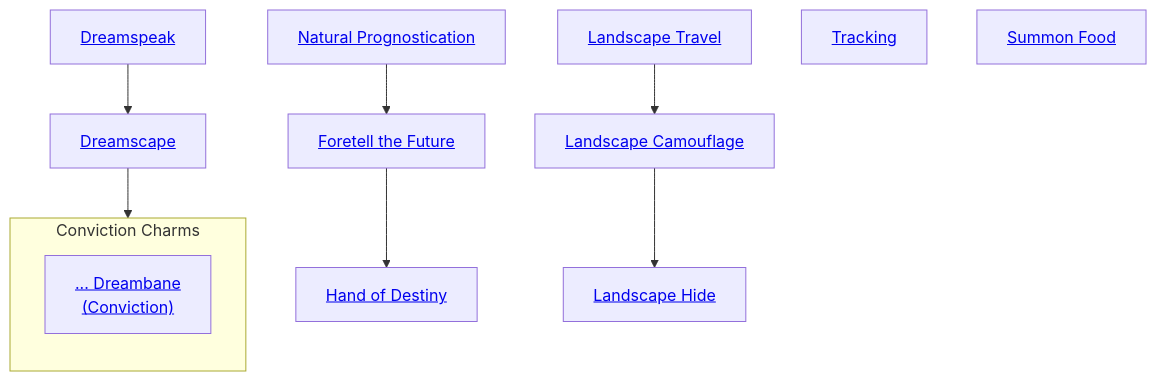
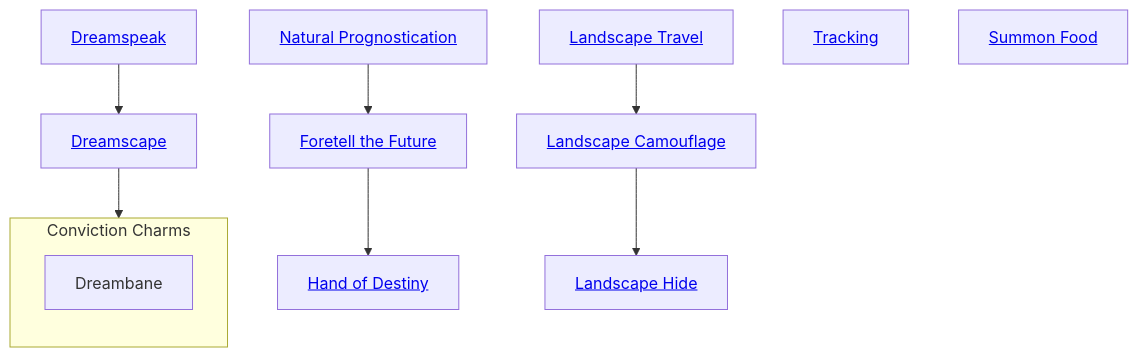
Before and after one commit to jrobichaud/exalted-charms-1e: the second of 2 diagrams in docs/markdown/spirits/Spirits Compassion.md, drawn with Mermaid.

Commit message:
Fix spirit charm

````diff
--- a/docs/markdown/spirits/Spirits Compassion.md
+++ b/docs/markdown/spirits/Spirits Compassion.md
@@ -16,37 +16,37 @@
 ```mermaid
 
 flowchart TD
 
     subgraph conviction[Conviction Charms]
         direction TB
-        dreambane["<a class='internal-link' href='#... Dreambane (Conviction)'>... Dreambane<br>(Conviction)</a>"]
+        dreambane["Dreambane"]
     end
 
     dreamspeak["<a class='internal-link' href='#Dreamspeak'>Dreamspeak</a>"]
 
     dreamscape["<a class='internal-link' href='#Dreamscape'>Dreamscape</a>"]
     dreamspeak --> dreamscape
 
     natural_prognostication["<a class='internal-link' href='#Natural Prognostication'>Natural Prognostication</a>"]
 
     foretell_the_future["<a class='internal-link' href='#Foretell the Future'>Foretell the Future</a>"]
     natural_prognostication --> foretell_the_future
 
     hand_of_destiny["<a class='internal-link' href='#Hand of Destiny'>Hand of Destiny</a>"]
     foretell_the_future --> hand_of_destiny
 
     landscape_travel["<a class='internal-link' href='#Landscape Travel'>Landscape Travel</a>"]
 
     landscape_camouflage["<a class='internal-link' href='#Landscape Camouflage'>Landscape Camouflage</a>"]
     landscape_travel --> landscape_camouflage
 
     landscape_hide["<a class='internal-link' href='#Landscape Hide'>Landscape Hide</a>"]
     landscape_camouflage --> landscape_hide
 
     tracking["<a class='internal-link' href='#Tracking'>Tracking</a>"]
 
     summon_food["<a class='internal-link' href='#Summon Food'>Summon Food</a>"]
 
     dreamscape --> dreambane
 
 ```
````
